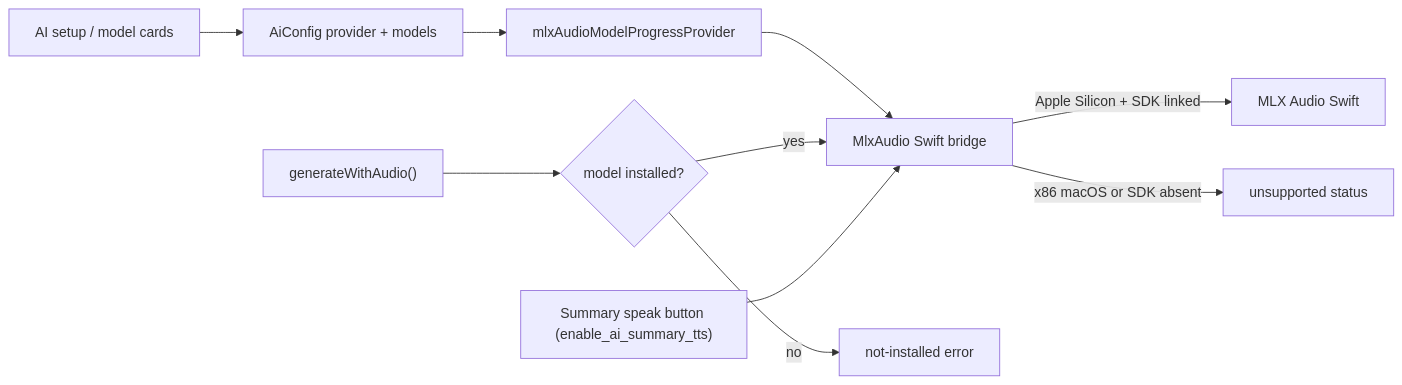
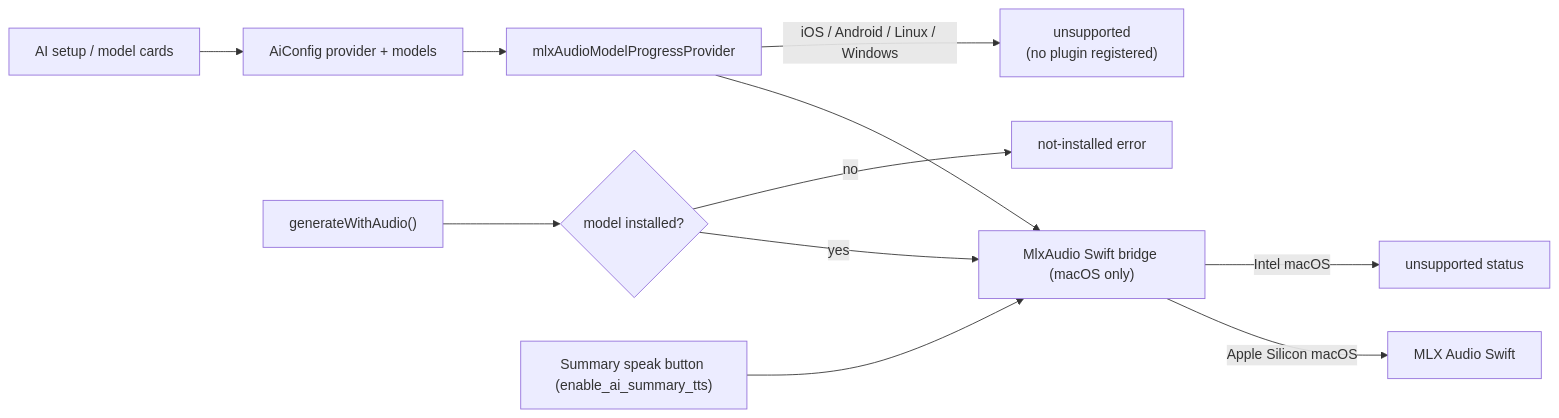
The sixth of 7 diagrams in lib/features/ai/README.md (matthiasn/lotti), drawn with Mermaid before and after one commit. The commit also changed other lines of this file and 15 other files, not shown here.

````diff
--- a/lib/features/ai/README.md
+++ b/lib/features/ai/README.md
@@ -335,12 +349,13 @@
 ```mermaid
 flowchart LR
   UI["AI setup / model cards"] --> Config["AiConfig provider + models"]
   Config --> Progress["mlxAudioModelProgressProvider"]
-  Progress --> Native["MlxAudio Swift bridge"]
-  Native -->|Apple Silicon + SDK linked| MLX["MLX Audio Swift"]
-  Native -->|x86 macOS or SDK absent| Unsupported["unsupported status"]
+  Progress --> Native["MlxAudio Swift bridge (macOS only)"]
+  Native -->|Apple Silicon macOS| MLX["MLX Audio Swift"]
+  Native -->|Intel macOS| Unsupported["unsupported status"]
+  Progress -->|iOS / Android / Linux / Windows| NoPlugin["unsupported<br/>(no plugin registered)"]
   Audio["generateWithAudio()"] --> Installed{"model installed?"}
   Installed -->|yes| Native
   Installed -->|no| Missing["not-installed error"]
   Summary["Summary speak button (enable_ai_summary_tts)"] --> Native
 ```
````
